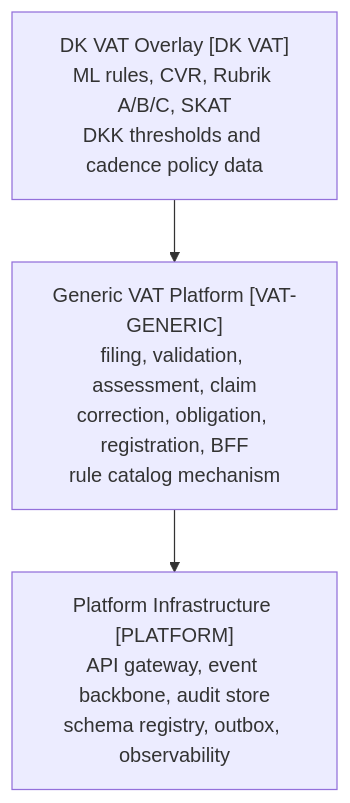
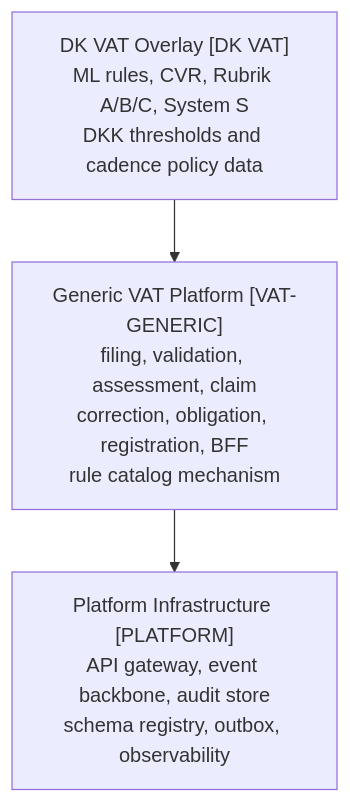
One commit to nc-tbi/VATRI-Codex changed the first of 14 diagrams in design/01-vat-filing-assessment-solution-design.md. Above: the diagram before and after it, drawn with Mermaid. The commit also changed other lines of this file and 15 other files, not shown here.

Commit message:
Update VAT design and architecture docs, resolve OQ blockers, and align ViDA step 1-3

````diff
--- a/design/01-vat-filing-assessment-solution-design.md
+++ b/design/01-vat-filing-assessment-solution-design.md
@@ -74,9 +78,9 @@
 ```mermaid
 flowchart TB
-    DK["DK VAT Overlay [DK VAT]\nML rules, CVR, Rubrik A/B/C, SKAT\nDKK thresholds and cadence policy data"]
+    DK["DK VAT Overlay [DK VAT]\nML rules, CVR, Rubrik A/B/C, System S\nDKK thresholds and cadence policy data"]
     VAT["Generic VAT Platform [VAT-GENERIC]\nfiling, validation, assessment, claim\ncorrection, obligation, registration, BFF\nrule catalog mechanism"]
     PLAT["Platform Infrastructure [PLATFORM]\nAPI gateway, event backbone, audit store\nschema registry, outbox, observability"]
 
     DK --> VAT
     VAT --> PLAT
 ```
````
